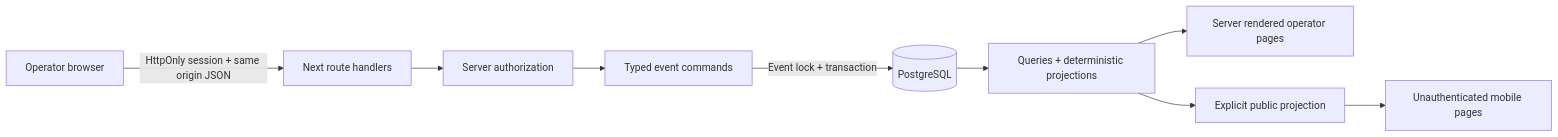
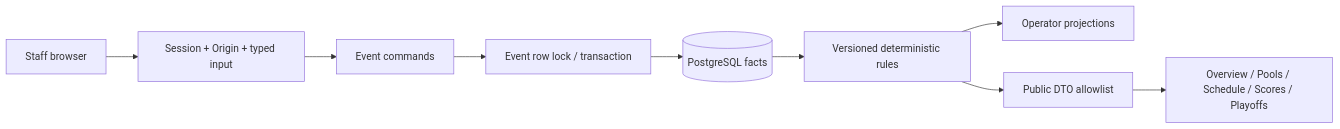
The diagram in ARCHITECTURE.md (Linardi1328/khlim-event-operations-lab), drawn with Mermaid before and after one commit. The commit also changed other lines of this file and 78 other files, not shown here.

````diff
--- a/ARCHITECTURE.md
+++ b/ARCHITECTURE.md
@@ -9,11 +7,11 @@
 ```mermaid
 flowchart LR
-  O[Operator browser] -->|HttpOnly session + same origin JSON| R[Next route handlers]
-  R --> A[Server authorization]
-  A --> C[Typed event commands]
-  C -->|Event lock + transaction| P[(PostgreSQL)]
-  P --> Q[Queries + deterministic projections]
-  Q --> S[Server rendered operator pages]
-  Q --> W[Explicit public projection]
-  W --> U[Unauthenticated mobile pages]
+  Staff[Staff browser] --> Auth[Session + Origin + typed input]
+  Auth --> Commands[Event commands]
+  Commands --> Lock[Event row lock / transaction]
+  Lock --> DB[(PostgreSQL facts)]
+  DB --> Rules[Versioned deterministic rules]
+  Rules --> Desk[Operator projections]
+  Rules --> Allowlist[Public DTO allowlist]
+  Allowlist --> Public[Overview / Pools / Schedule / Scores / Playoffs]
 ```
````
